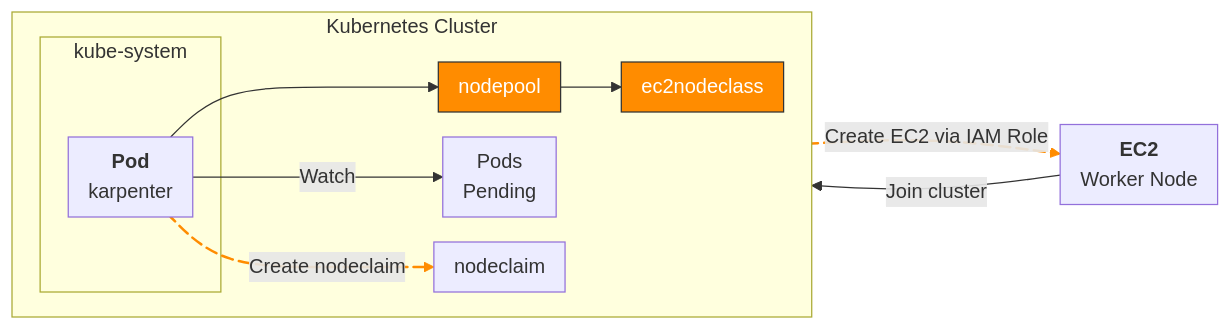
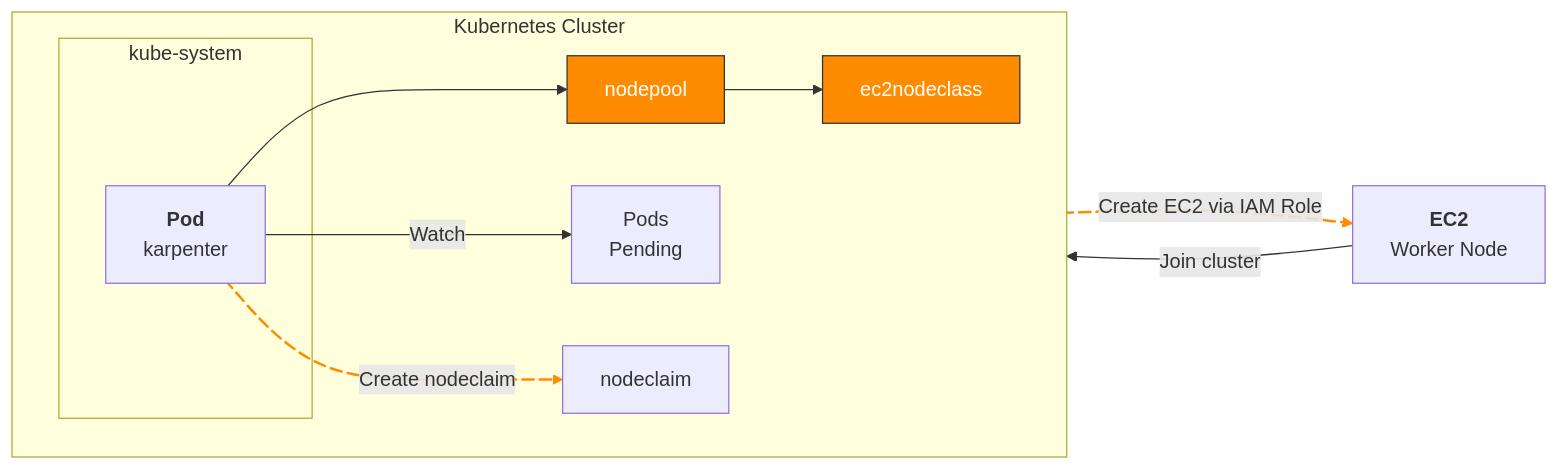
Before and after one commit to younsl/younsl.github.io: the first of 5 diagrams in content/blog/karpenter-spot-fallback/index.md, drawn with Mermaid. The commit also changed other lines of this file and 2 other files, not shown here.

Commit message:
chore: Add diagram

````diff
--- a/content/blog/karpenter-spot-fallback/index.md
+++ b/content/blog/karpenter-spot-fallback/index.md
@@ -35,41 +35,29 @@
 ```mermaid
-%% Style %%
-%%{
-    init: {
-        "flowchart": {
-            "nodeSpacing": 20,
-            "rankSpacing": 20,
-            "padding": 0,
-            "curve": "basis"
-        }
-    }
-}%%
-
 flowchart LR
   p["`Pods
   Pending`"]
   subgraph k8s[Kubernetes Cluster]
     direction LR
     subgraph kube-system
       k["`**Pod**
       karpenter`"]
     end
     k --> np
     k -- Watch --> p
     k e1@--Create nodeclaim--> nodeclaim
     np[nodepool] --> ec2nc[ec2nodeclass]
   end
   nodeclaim e2@--Create EC2 via IAM Role--> wn["`**EC2**
   Worker Node`"]
 
   wn --Join cluster--> k8s
 
   style np fill:darkorange,color:#fff,stroke:#333
   style ec2nc fill:darkorange,color:#fff,stroke:#333
 
   e1@{ animate: true }
   e2@{ animate: true }
 
   linkStyle 2 stroke:darkorange,stroke-width:2px
   linkStyle 4 stroke:darkorange,stroke-width:2px
 ```
````
